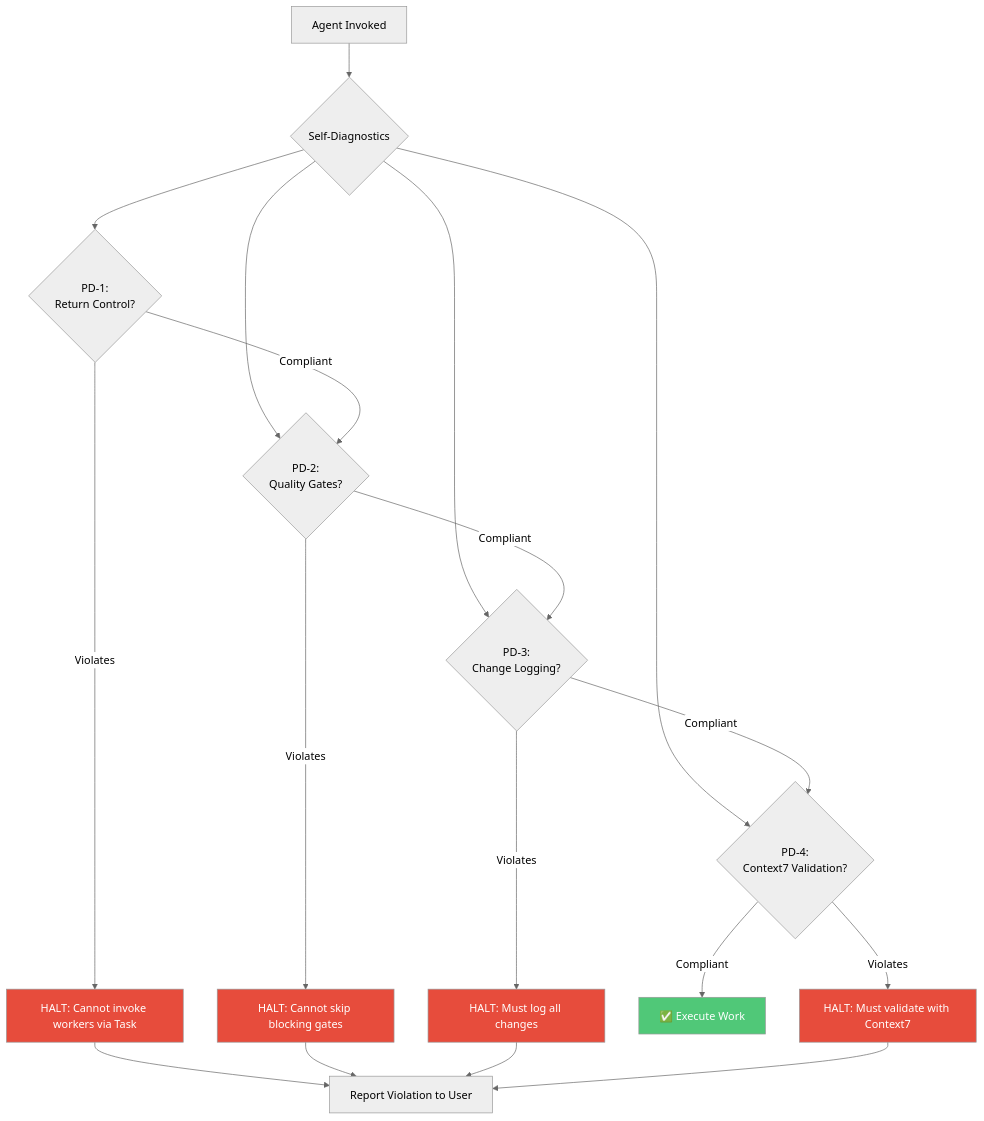
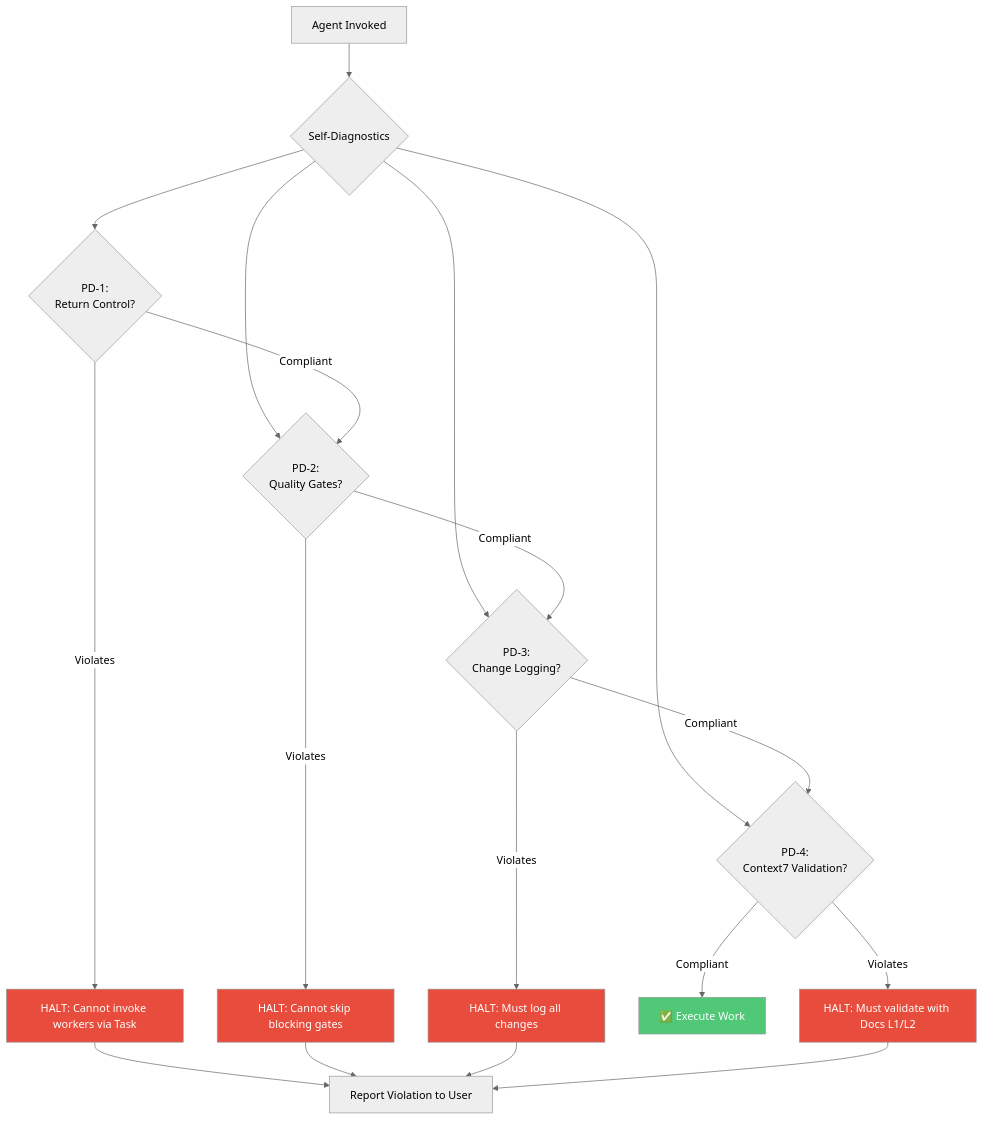
Diagram 18 of 18 in docs/ARCHITECTURE.md (maslennikov-ig/articles), drawn with Mermaid (neutral theme) before and after one commit. The commit also changed other lines of this file and 58 other files, not shown here.

````diff
--- a/docs/ARCHITECTURE.md
+++ b/docs/ARCHITECTURE.md
@@ -675,29 +677,29 @@
 ```mermaid
 graph TB
     AgentStart[Agent Invoked] --> SelfDiag{Self-Diagnostics}
 
     SelfDiag --> CheckPD1{PD-1:<br/>Return Control?}
     SelfDiag --> CheckPD2{PD-2:<br/>Quality Gates?}
     SelfDiag --> CheckPD3{PD-3:<br/>Change Logging?}
     SelfDiag --> CheckPD4{PD-4:<br/>Context7 Validation?}
 
     CheckPD1 -->|Compliant| CheckPD2
     CheckPD1 -->|Violates| Halt1[HALT: Cannot invoke workers via Task]
 
     CheckPD2 -->|Compliant| CheckPD3
     CheckPD2 -->|Violates| Halt2[HALT: Cannot skip blocking gates]
 
     CheckPD3 -->|Compliant| CheckPD4
     CheckPD3 -->|Violates| Halt3[HALT: Must log all changes]
 
     CheckPD4 -->|Compliant| Execute[✅ Execute Work]
-    CheckPD4 -->|Violates| Halt4[HALT: Must validate with Context7]
+    CheckPD4 -->|Violates| Halt4[HALT: Must validate with Docs L1/L2]
 
     Halt1 & Halt2 & Halt3 & Halt4 --> Report[Report Violation to User]
 
     style Execute fill:#50C878,color:#fff
     style Halt1 fill:#E74C3C,color:#fff
     style Halt2 fill:#E74C3C,color:#fff
     style Halt3 fill:#E74C3C,color:#fff
     style Halt4 fill:#E74C3C,color:#fff
 ```
````
